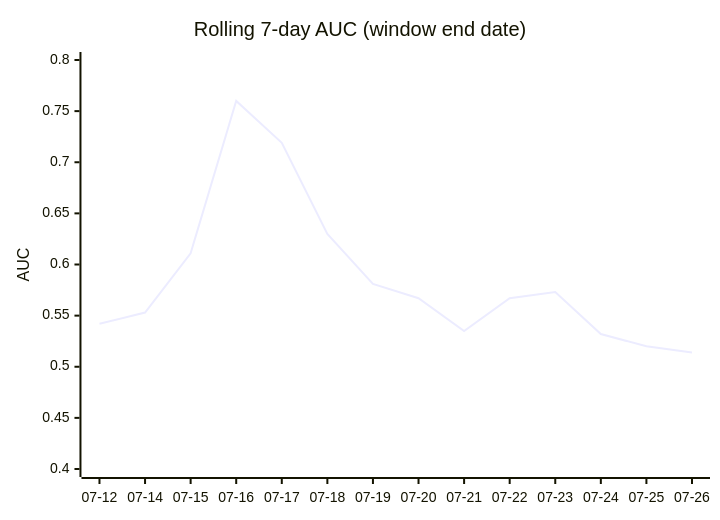
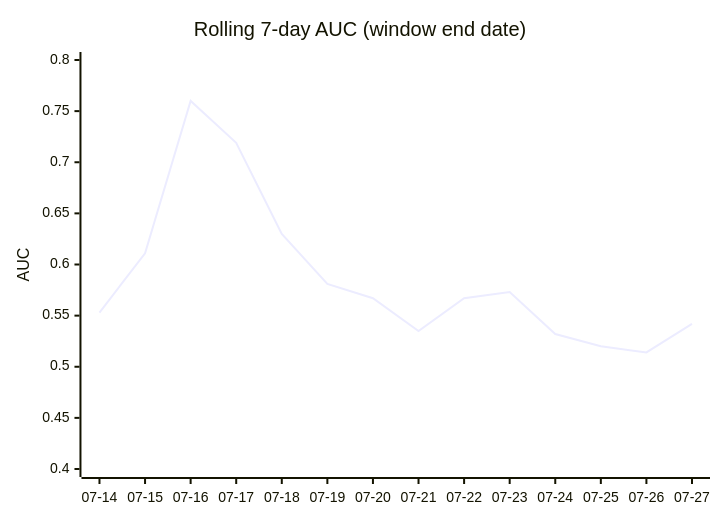
Before and after one commit to dpk1212/nhl-savant: the third of 4 diagrams in DAILY_AGSU_REPORT.md, drawn with Mermaid. The commit also changed other lines of this file, not shown here.

````diff
--- a/DAILY_AGSU_REPORT.md
+++ b/DAILY_AGSU_REPORT.md
@@ -714,7 +713,7 @@
 ```mermaid
 xychart-beta
     title "Rolling 7-day AUC (window end date)"
-    x-axis ["07-12", "07-14", "07-15", "07-16", "07-17", "07-18", "07-19", "07-20", "07-21", "07-22", "07-23", "07-24", "07-25", "07-26"]
+    x-axis ["07-14", "07-15", "07-16", "07-17", "07-18", "07-19", "07-20", "07-21", "07-22", "07-23", "07-24", "07-25", "07-26", "07-27"]
     y-axis "AUC" 0.4 --> 0.8
-    line [0.542, 0.553, 0.611, 0.76, 0.719, 0.63, 0.581, 0.567, 0.535, 0.567, 0.573, 0.532, 0.52, 0.514]
+    line [0.553, 0.611, 0.76, 0.719, 0.63, 0.581, 0.567, 0.535, 0.567, 0.573, 0.532, 0.52, 0.514, 0.542]
 ```
````
